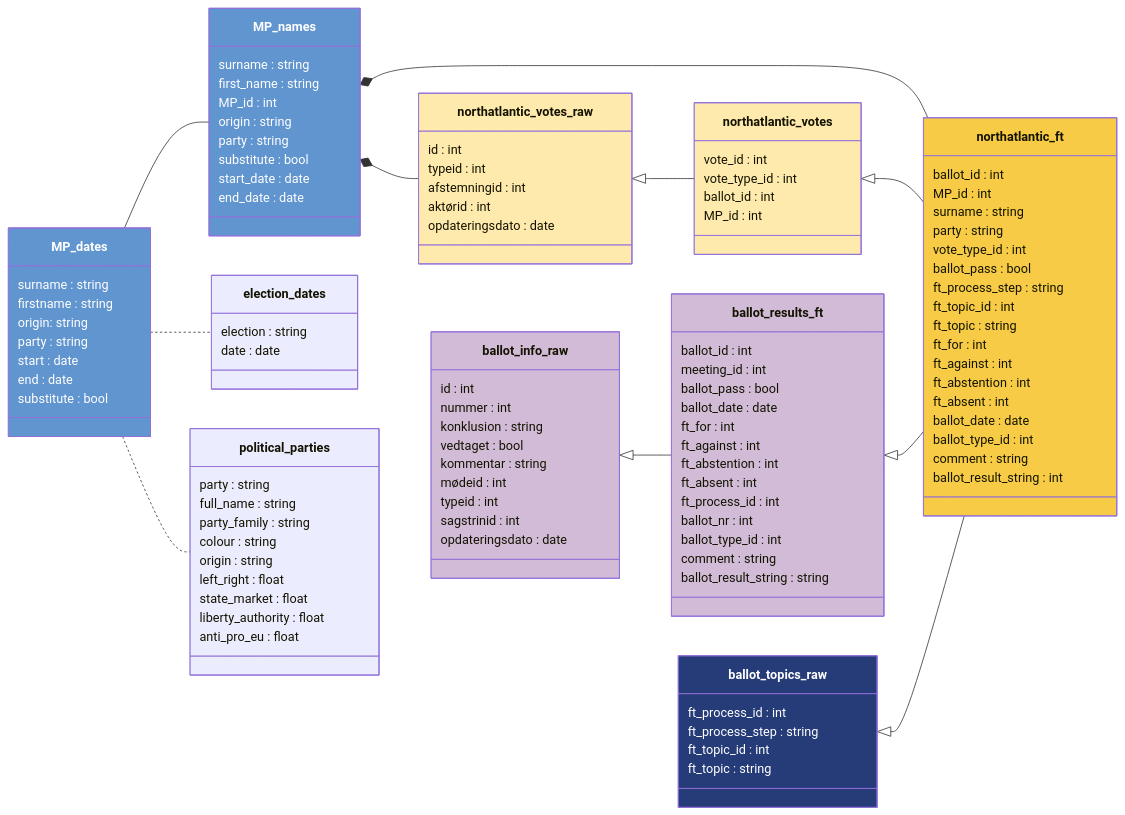
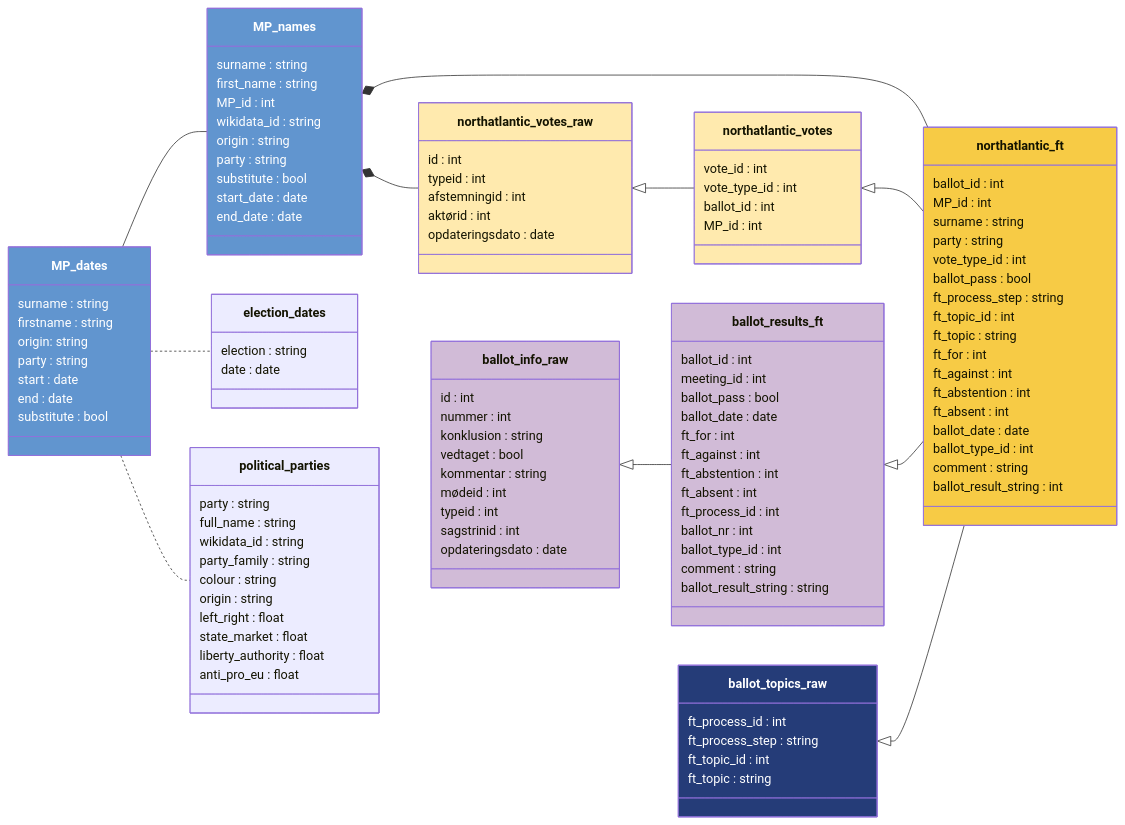
Before and after one commit to mtwente/nordatlantisk-ft: the diagram in docs/codebook.qmd, drawn with Mermaid. The commit also changed other lines of this file and 18 other files, not shown here.

```diff
--- a/docs/codebook.qmd
+++ b/docs/codebook.qmd
@@ -164,6 +164,7 @@
         surname : string
         first_name : string
         MP_id : int
+        wikidata_id : string
         origin : string
         party : string
         substitute : bool
@@ -217,6 +218,7 @@
     class political_parties {
         party : string
         full_name : string
+        wikidata_id : string
         party_family : string
         colour : string
         origin : string
```
